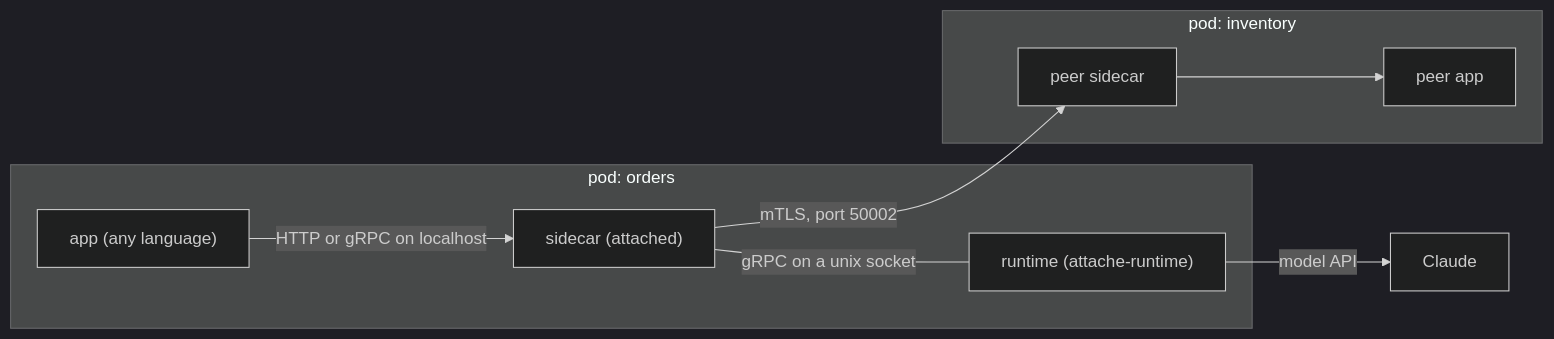
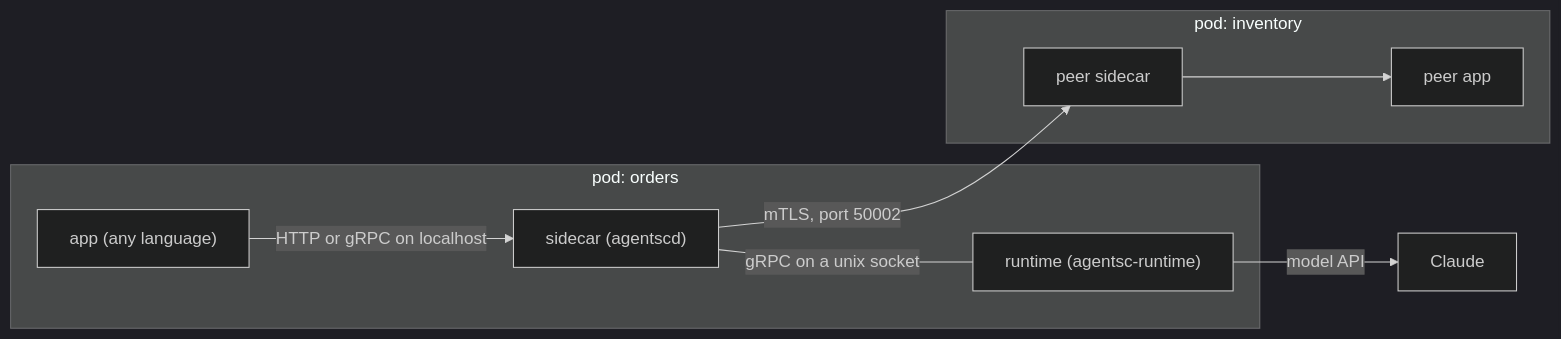
Before and after one commit to f8fvwgzc/agent-sidecar: the diagram in README.md, drawn with Mermaid (dark theme). The commit also changed other lines of this file and 365 other files, not shown here.

First line of the commit message:
Rename attache to agentsc (agent-sidecar) everywhere

````diff
--- a/README.md
+++ b/README.md
@@ -25,12 +25,12 @@
 ```mermaid
 flowchart LR
   subgraph podA["pod: orders"]
-    A["app (any language)"] -->|"HTTP or gRPC on localhost"| S["sidecar (attached)"]
-    S ---|"gRPC on a unix socket"| R["runtime (attache-runtime)"]
+    A["app (any language)"] -->|"HTTP or gRPC on localhost"| S["sidecar (agentscd)"]
+    S ---|"gRPC on a unix socket"| R["runtime (agentsc-runtime)"]
   end
   R -->|"model API"| C["Claude"]
   subgraph podB["pod: inventory"]
     P["peer sidecar"] --> B["peer app"]
   end
   S -->|"mTLS, port 50002"| P
 ```
````
